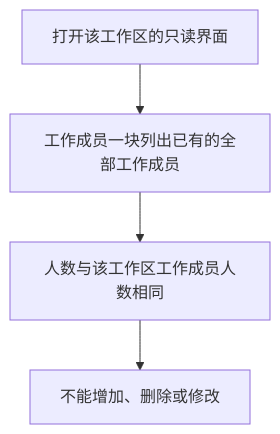
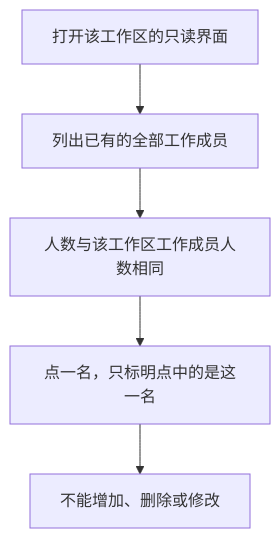
One commit to xforce-io/atelier changed the third of 6 diagrams in docs/design/25-readonly-workspace-ui/product.md. Above: the diagram before and after it, drawn with Mermaid. The commit also changed other lines of this file, not shown here.

````diff
--- a/docs/design/25-readonly-workspace-ui/product.md
+++ b/docs/design/25-readonly-workspace-ui/product.md
@@ -131,6 +140,7 @@
 ```mermaid
 flowchart TD
-    A[打开该工作区的只读界面] --> B[工作成员一块列出已有的全部工作成员]
+    A[打开该工作区的只读界面] --> B[列出已有的全部工作成员]
     B --> C[人数与该工作区工作成员人数相同]
-    C --> D[不能增加、删除或修改]
+    C --> D[点一名，只标明点中的是这一名]
+    D --> E[不能增加、删除或修改]
 ```
````
